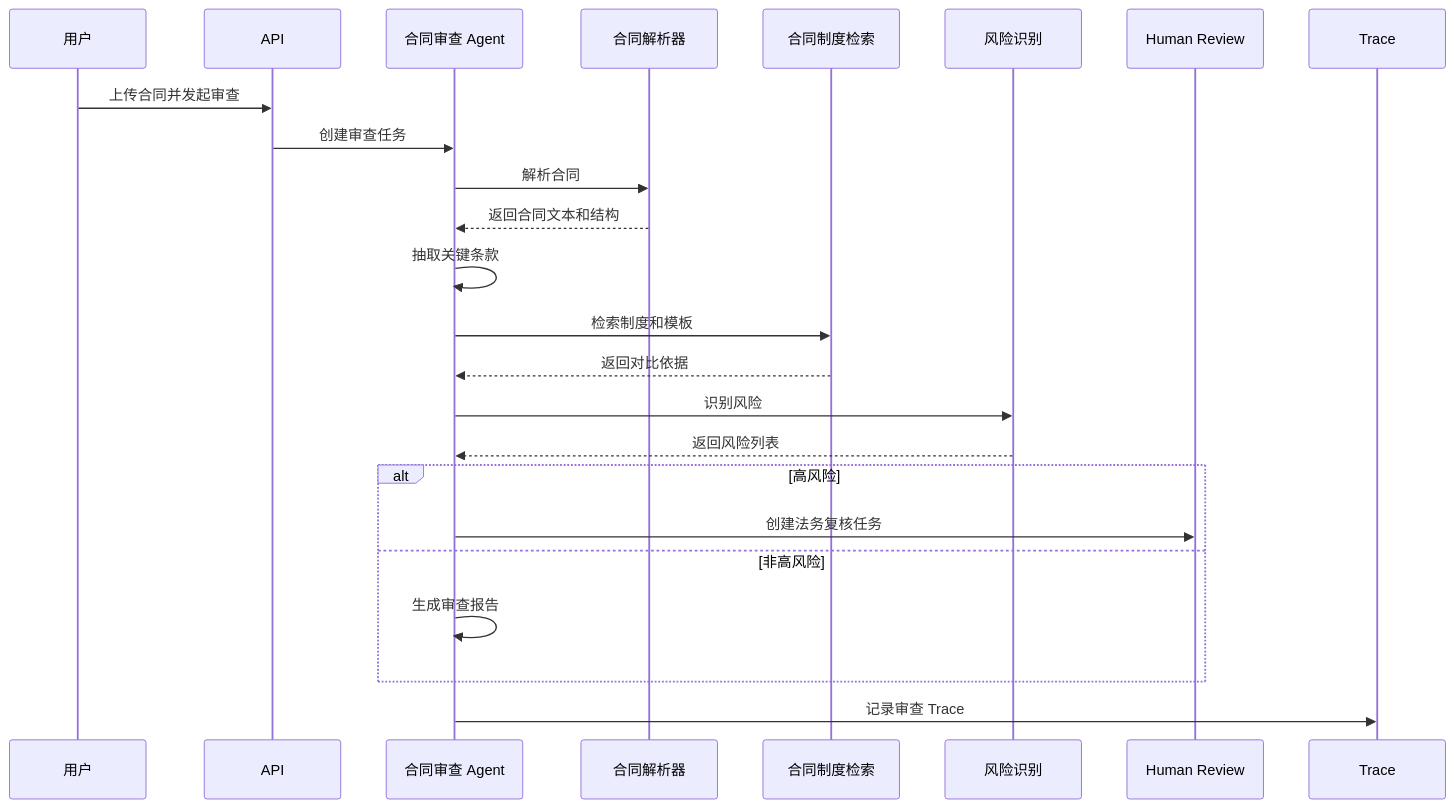
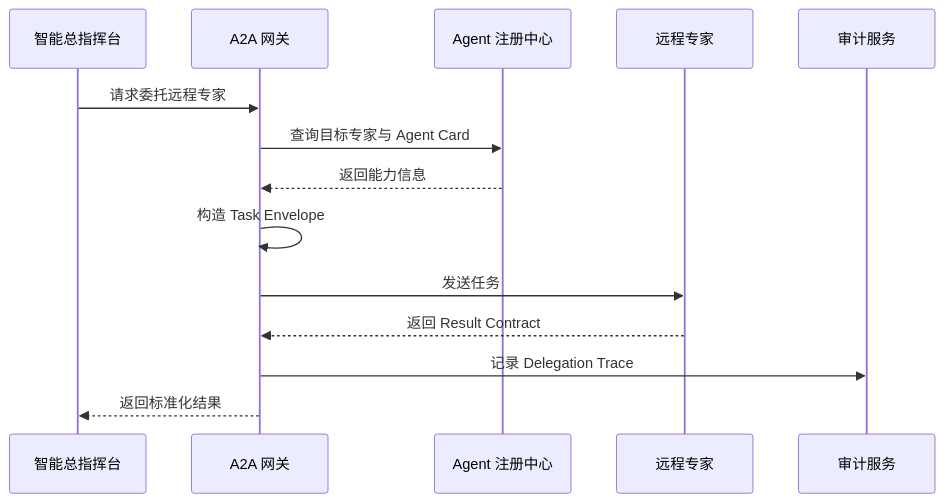
Before and after one commit to zhangzhijin1018/enterprise-knowledge-agentic-rag: the tenth of 10 diagrams in docs/ARCHITECTURE.md, drawn with Mermaid. The commit also changed other lines of this file and 4 other files, not shown here.

````diff
--- a/docs/ARCHITECTURE.md
+++ b/docs/ARCHITECTURE.md
@@ -1231,27 +1373,17 @@
 ```mermaid
 sequenceDiagram
-    participant User as 用户
-    participant API as API
-    participant Contract as 合同审查 Agent
-    participant Parser as 合同解析器
-    participant RAG as 合同制度检索
-    participant Risk as 风险识别
-    participant Review as Human Review
-    participant Trace as Trace
+    participant Control as 智能总指挥台
+    participant A2A as A2A 网关
+    participant Registry as Agent 注册中心
+    participant Remote as 远程专家
+    participant Trace as 审计服务
 
-    User->>API: 上传合同并发起审查
-    API->>Contract: 创建审查任务
-    Contract->>Parser: 解析合同
-    Parser-->>Contract: 返回合同文本和结构
-    Contract->>Contract: 抽取关键条款
-    Contract->>RAG: 检索制度和模板
-    RAG-->>Contract: 返回对比依据
-    Contract->>Risk: 识别风险
-    Risk-->>Contract: 返回风险列表
-    alt 高风险
-        Contract->>Review: 创建法务复核任务
-    else 非高风险
-        Contract->>Contract: 生成审查报告
-    end
-    Contract->>Trace: 记录审查 Trace
+    Control->>A2A: 请求委托远程专家
+    A2A->>Registry: 查询目标专家与 Agent Card
+    Registry-->>A2A: 返回能力信息
+    A2A->>A2A: 构造 Task Envelope
+    A2A->>Remote: 发送任务
+    Remote-->>A2A: 返回 Result Contract
+    A2A->>Trace: 记录 Delegation Trace
+    A2A-->>Control: 返回标准化结果
 ```
````
